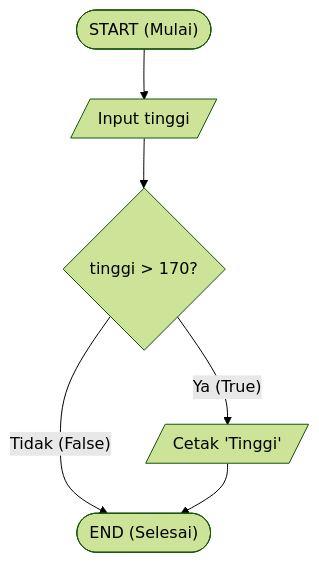
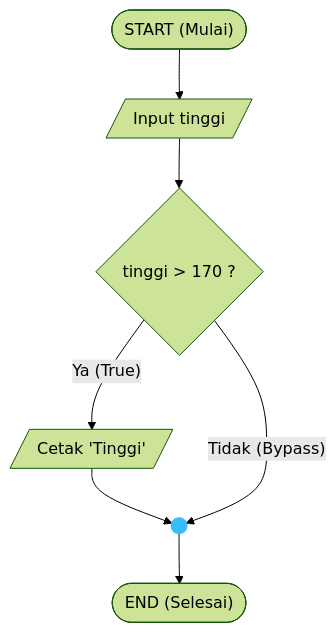
The first of 10 diagrams in docs/PANDUAN_LENGKAP_KODE_PASCAL_DAN_FLOWCHART_ALGO_PEMRO_P5_P6.md (hekall21/academic-digital-binder), drawn with Mermaid (forest theme) before and after one commit. The commit also changed other lines of this file, not shown here.

Commit message:
docs(flowcharts): standardize mermaid junctions with ANSI on-page connectors

````diff
--- a/docs/PANDUAN_LENGKAP_KODE_PASCAL_DAN_FLOWCHART_ALGO_PEMRO_P5_P6.md
+++ b/docs/PANDUAN_LENGKAP_KODE_PASCAL_DAN_FLOWCHART_ALGO_PEMRO_P5_P6.md
@@ -64,8 +64,10 @@
 ```mermaid
 flowchart TD
     Start(["START (Mulai)"]) --> Input[/"Input tinggi"/]
-    Input --> Cond{"tinggi > 170?"}
+    Input --> Cond{"tinggi > 170 ?"}
     Cond -- "Ya (True)" --> Print[/"Cetak 'Tinggi'"/]
-    Cond -- "Tidak (False)" --> End(["END (Selesai)"])
-    Print --> End
+    Print --> Junction(( ))
+    Cond -- "Tidak (Bypass)" --> Junction
+    Junction --> End(["END (Selesai)"])
+    style Junction fill:#38BDF8,stroke:#38BDF8,stroke-width:2px
 ```
````
